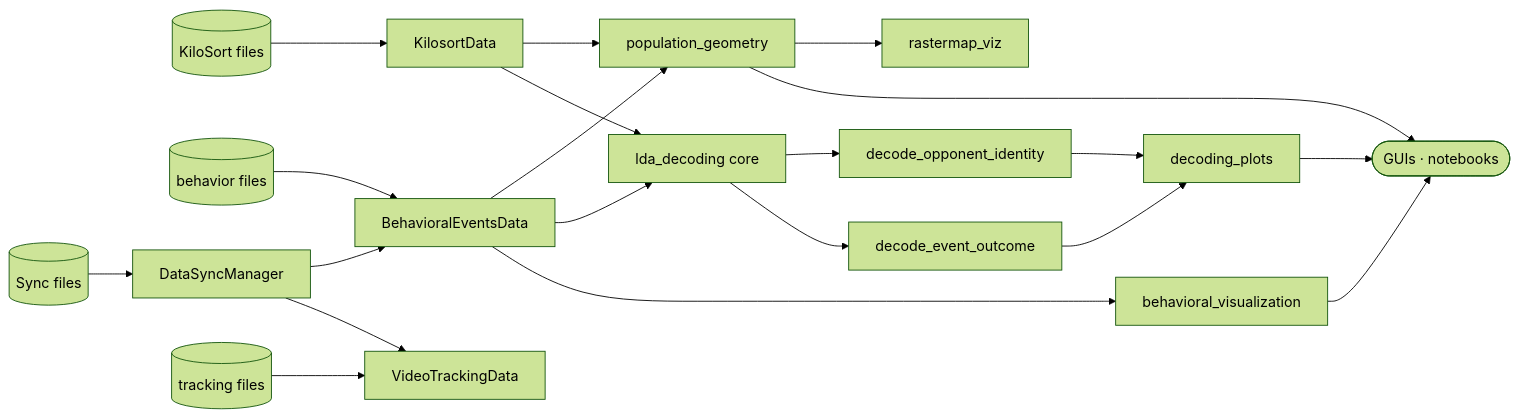
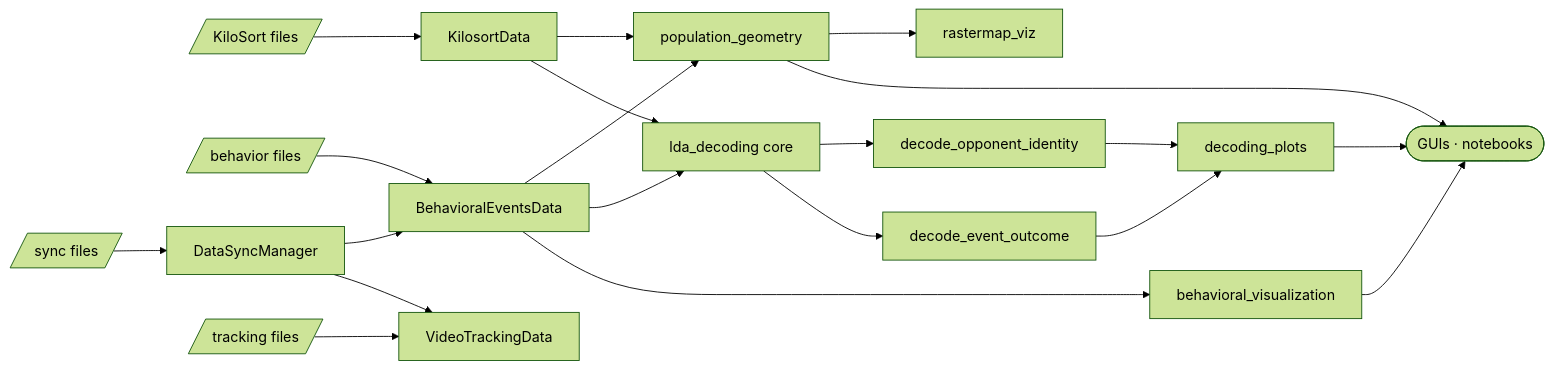
Before and after one commit to JaneliaSciComp/habitat_pipeline: the diagram in ARCHITECTURE.md, drawn with Mermaid (forest theme). The commit also changed 2 other files, not shown here.

Commit message:
plot layout fixes

````diff
--- a/ARCHITECTURE.md
+++ b/ARCHITECTURE.md
@@ -7,23 +7,23 @@
 ```mermaid
 flowchart LR
-    ks[(KiloSort files)] --> KS[KilosortData]
-    behavior[(behavior files)] --> BE[BehavioralEventsData]
-    sync[(Sync files)] --> Sync[DataSyncManager]
+    ks[/KiloSort files/] --> KS[KilosortData]
+    behavior[/behavior files/] --> BE[BehavioralEventsData]
+    sync[/sync files/] --> Sync[DataSyncManager]
     Sync --> BE
-    video[(tracking files)] --> VT[VideoTrackingData]
+    video[/tracking files/] --> VT[VideoTrackingData]
     Sync --> VT
     KS --> PopGeo[population_geometry]
     BE --> PopGeo
     KS --> Core[lda_decoding core]
     BE --> Core
     BE --> BV[behavioral_visualization]
     PopGeo --> Raster[rastermap_viz]
     Core --> Opp[decode_opponent_identity]
     Core --> Out[decode_event_outcome]
     Opp --> Plots[decoding_plots]
     Out --> Plots
     Plots --> Consumers
     PopGeo --> Consumers
     BV --> Consumers
     Consumers(["GUIs · notebooks"])
 ```
````
